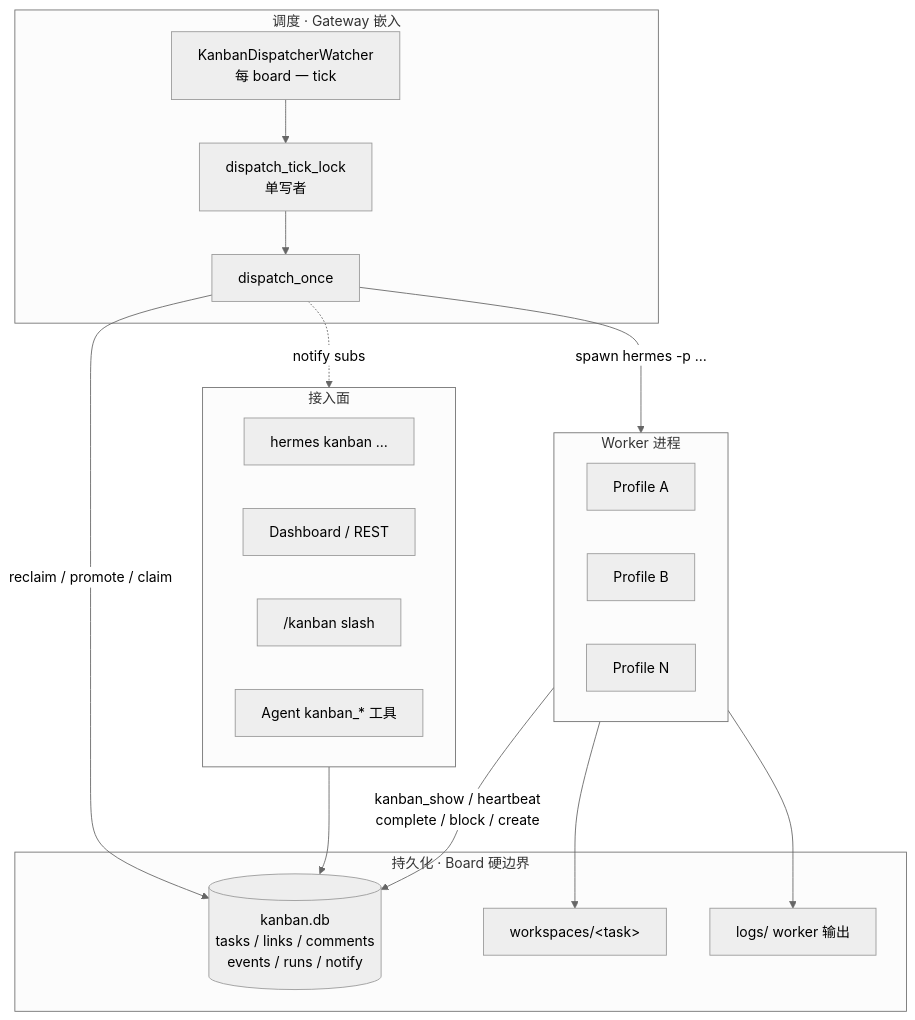
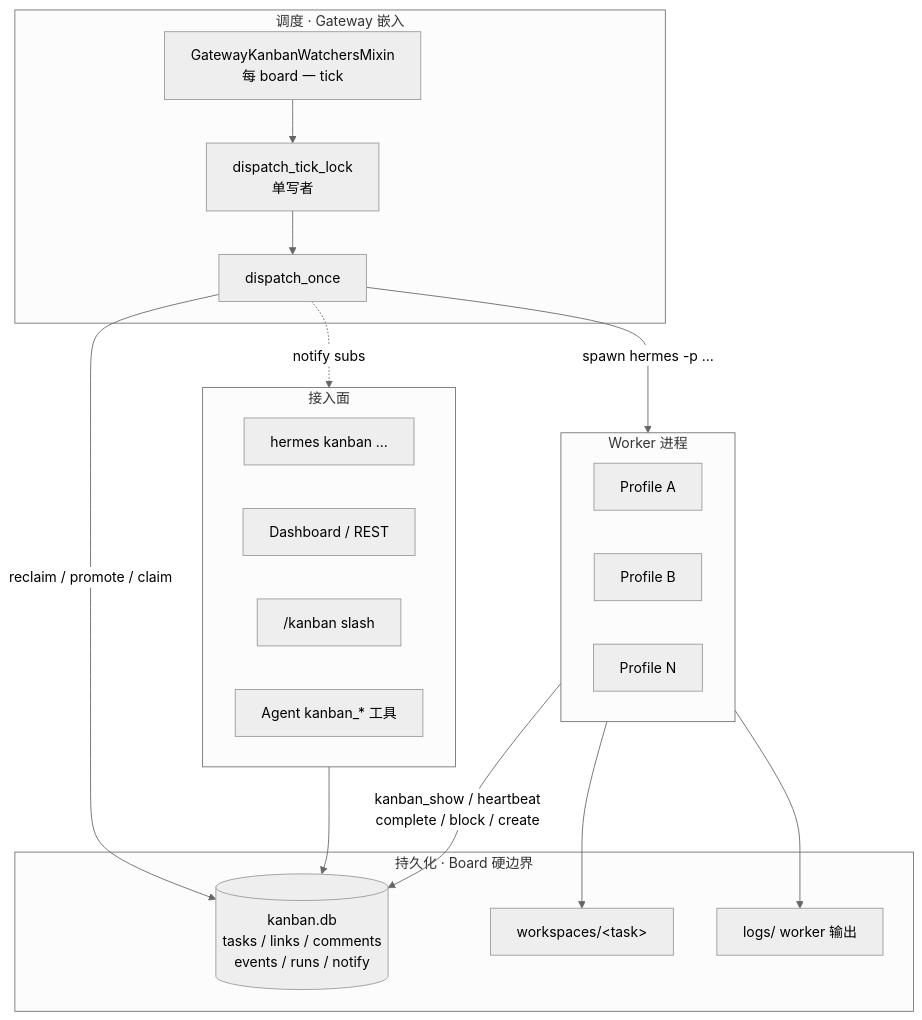
The first of 9 diagrams in hermes/docs/archive/legacy/KANBAN_MULTIAGENT_DEEP_ANALYSIS.md (themass/agent-docs), drawn with Mermaid (neutral theme) before and after one commit. The commit also changed other lines of this file and 508 other files, not shown here.

````diff
--- a/hermes/docs/archive/legacy/KANBAN_MULTIAGENT_DEEP_ANALYSIS.md
+++ b/hermes/docs/archive/legacy/KANBAN_MULTIAGENT_DEEP_ANALYSIS.md
@@ -277,36 +426,36 @@
 ```mermaid
 flowchart TB
   subgraph Surfaces["接入面"]
     CLI["hermes kanban …"]
     Dash["Dashboard / REST"]
     Slash["/kanban slash"]
     Tools["Agent kanban_* 工具"]
   end
 
   subgraph Store["持久化 · Board 硬边界"]
     DB[("kanban.db<br/>tasks / links / comments<br/>events / runs / notify")]
     WS["workspaces/&lt;task&gt;"]
     Logs["logs/ worker 输出"]
   end
 
   subgraph Engine["调度 · Gateway 嵌入"]
-    Tick["KanbanDispatcherWatcher<br/>每 board 一 tick"]
+    Tick["GatewayKanbanWatchersMixin<br/>每 board 一 tick"]
     Lock["dispatch_tick_lock<br/>单写者"]
     Once["dispatch_once"]
   end
 
   subgraph Workers["Worker 进程"]
     W1["Profile A"]
     W2["Profile B"]
     WN["Profile N"]
   end
 
   Surfaces --> DB
   Tick --> Lock --> Once
   Once -->|"reclaim / promote / claim"| DB
   Once -->|"spawn hermes -p …"| Workers
   Workers -->|"kanban_show / heartbeat<br/>complete / block / create"| DB
   Workers --> WS
   Workers --> Logs
   Once -.->|"notify subs"| Surfaces
 ```
````
